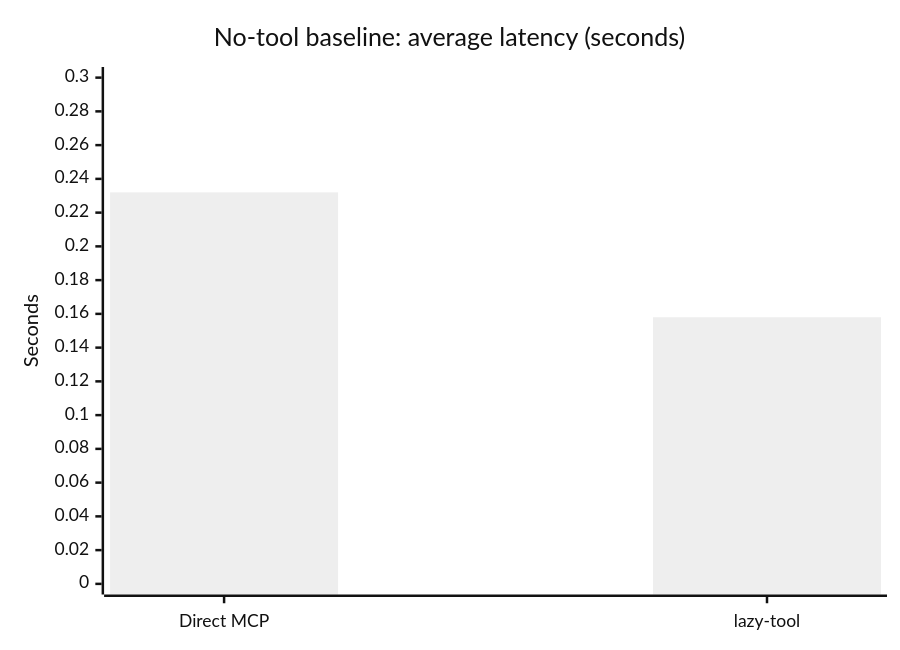
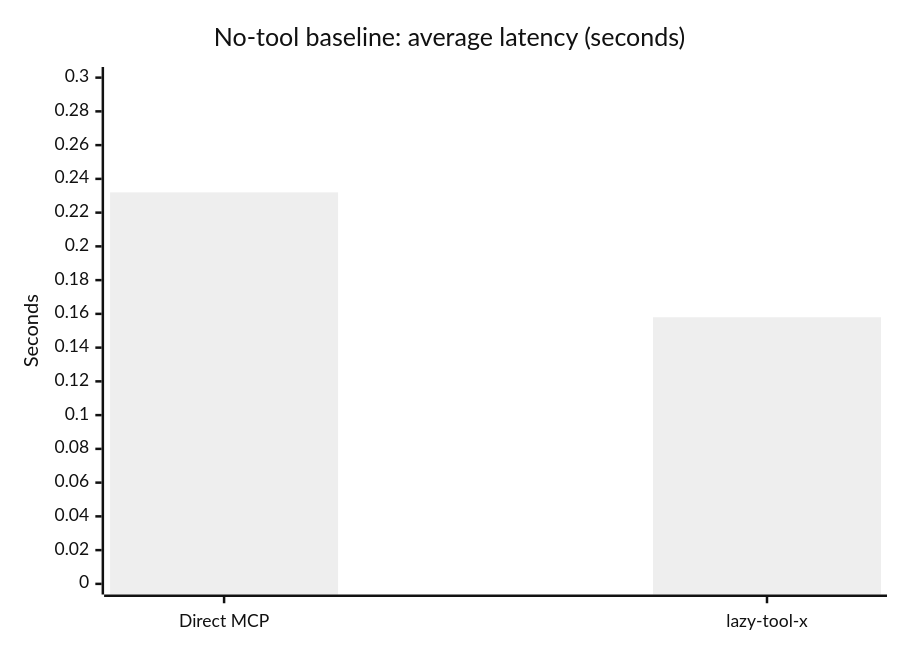
The third of 3 diagrams in README.md (rpgeeganage/lazy-tool), drawn with Mermaid (neutral theme) before and after one commit. The commit also changed other lines of this file and 8 other files, not shown here.

First line of the commit message:
docs: finish renaming remaining public references to lazy-tool-x

````diff
--- a/README.md
+++ b/README.md
@@ -510,7 +510,7 @@
 ```mermaid
 xychart-beta
     title "No-tool baseline: average latency (seconds)"
-    x-axis ["Direct MCP", "lazy-tool"]
+    x-axis ["Direct MCP", "lazy-tool-x"]
     y-axis "Seconds" 0 --> 0.3
     bar [0.232, 0.158]
 ```
````
